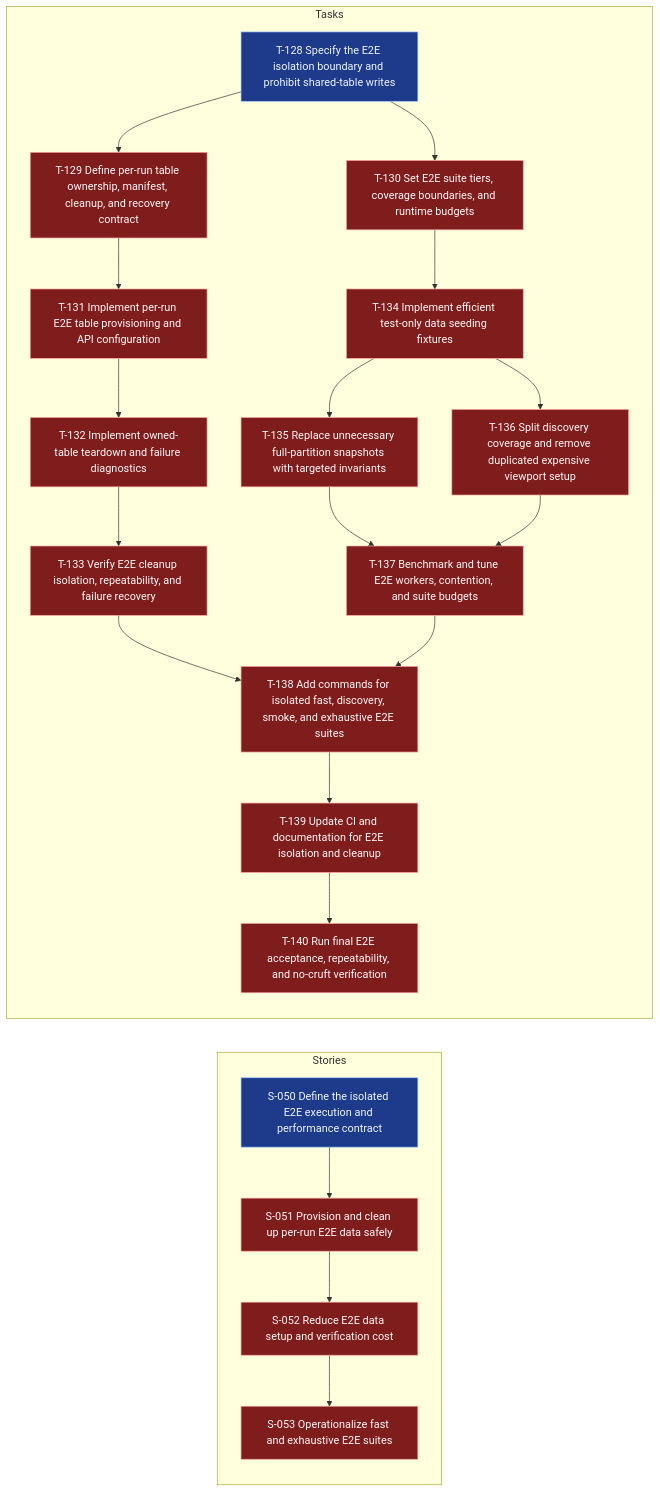
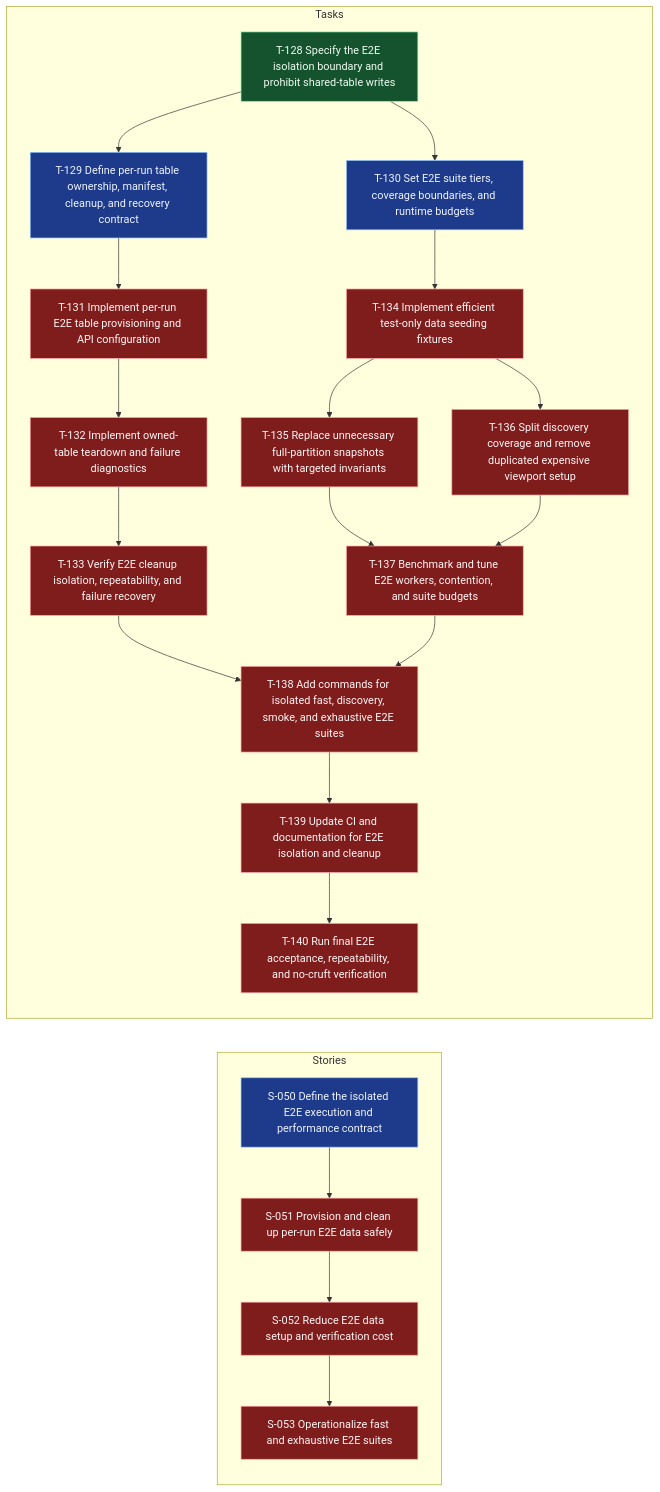
Before and after one commit to andybalham/invite-agent: the diagram in .worktracker/graphs/E-014.mmd, drawn with Mermaid. The commit also changed 9 other files, not shown here.

Commit message:
feat: Define E2E isolation boundary and update related documentation

```diff
--- a/.worktracker/graphs/E-014.mmd
+++ b/.worktracker/graphs/E-014.mmd
@@ -1,61 +1,61 @@
 graph LR
   classDef done fill:#14532d,stroke:#86efac,color:#f0fdf4;
   classDef blocked fill:#7f1d1d,stroke:#fca5a5,color:#fff7f7;
   classDef inprogress fill:#78350f,stroke:#fbbf24,color:#fffbeb;
   classDef todo fill:#1e3a8a,stroke:#93c5fd,color:#eff6ff;
   classDef empty fill:#374151,stroke:#d1d5db,color:#f9fafb,stroke-dasharray: 3 3;
   subgraph Stories
     S050["S-050 Define the isolated E2E execution and performance contract"]:::todo
     S051["S-051 Provision and clean up per-run E2E data safely"]:::blocked
     S052["S-052 Reduce E2E data setup and verification cost"]:::blocked
     S053["S-053 Operationalize fast and exhaustive E2E suites"]:::blocked
     S050 --> S051
     S051 --> S052
     S052 --> S053
   end
   subgraph Tasks
-    T128["T-128 Specify the E2E isolation boundary and prohibit shared-table writes"]:::todo
-    T129["T-129 Define per-run table ownership, manifest, cleanup, and recovery contract"]:::blocked
-    T130["T-130 Set E2E suite tiers, coverage boundaries, and runtime budgets"]:::blocked
+    T128["T-128 Specify the E2E isolation boundary and prohibit shared-table writes"]:::done
+    T129["T-129 Define per-run table ownership, manifest, cleanup, and recovery contract"]:::todo
+    T130["T-130 Set E2E suite tiers, coverage boundaries, and runtime budgets"]:::todo
     T131["T-131 Implement per-run E2E table provisioning and API configuration"]:::blocked
     T132["T-132 Implement owned-table teardown and failure diagnostics"]:::blocked
     T133["T-133 Verify E2E cleanup isolation, repeatability, and failure recovery"]:::blocked
     T134["T-134 Implement efficient test-only data seeding fixtures"]:::blocked
     T135["T-135 Replace unnecessary full-partition snapshots with targeted invariants"]:::blocked
     T136["T-136 Split discovery coverage and remove duplicated expensive viewport setup"]:::blocked
     T137["T-137 Benchmark and tune E2E workers, contention, and suite budgets"]:::blocked
     T138["T-138 Add commands for isolated fast, discovery, smoke, and exhaustive E2E suites"]:::blocked
     T139["T-139 Update CI and documentation for E2E isolation and cleanup"]:::blocked
     T140["T-140 Run final E2E acceptance, repeatability, and no-cruft verification"]:::blocked
     T128 --> T129
     T128 --> T130
     T129 --> T131
     T130 --> T134
     T131 --> T132
     T132 --> T133
     T133 --> T138
     T134 --> T135
     T134 --> T136
     T135 --> T137
     T136 --> T137
     T137 --> T138
     T138 --> T139
     T139 --> T140
   end
   click S050 "../entities/S-050-define-the-isolated-e2e-execution-and-performance-contract.md"
   click S051 "../entities/S-051-provision-and-clean-up-per-run-e2e-data-safely.md"
   click S052 "../entities/S-052-reduce-e2e-data-setup-and-verification-cost.md"
   click S053 "../entities/S-053-operationalize-fast-and-exhaustive-e2e-suites.md"
   click T128 "../entities/T-128-specify-the-e2e-isolation-boundary-and-prohibit-shared-table-writes.md"
   click T129 "../entities/T-129-define-per-run-table-ownership-manifest-cleanup-and-recovery-contract.md"
   click T130 "../entities/T-130-set-e2e-suite-tiers-coverage-boundaries-and-runtime-budgets.md"
   click T131 "../entities/T-131-implement-per-run-e2e-table-provisioning-and-api-configuration.md"
   click T132 "../entities/T-132-implement-owned-table-teardown-and-failure-diagnostics.md"
   click T133 "../entities/T-133-verify-e2e-cleanup-isolation-repeatability-and-failure-recovery.md"
   click T134 "../entities/T-134-implement-efficient-test-only-data-seeding-fixtures.md"
   click T135 "../entities/T-135-replace-unnecessary-full-partition-snapshots-with-targeted-invariants.md"
   click T136 "../entities/T-136-split-discovery-coverage-and-remove-duplicated-expensive-viewport-setup.md"
   click T137 "../entities/T-137-benchmark-and-tune-e2e-workers-contention-and-suite-budgets.md"
   click T138 "../entities/T-138-add-commands-for-isolated-fast-discovery-smoke-and-exhaustive-e2e-suites.md"
   click T139 "../entities/T-139-update-ci-and-documentation-for-e2e-isolation-and-cleanup.md"
   click T140 "../entities/T-140-run-final-e2e-acceptance-repeatability-and-no-cruft-verification.md"
```
